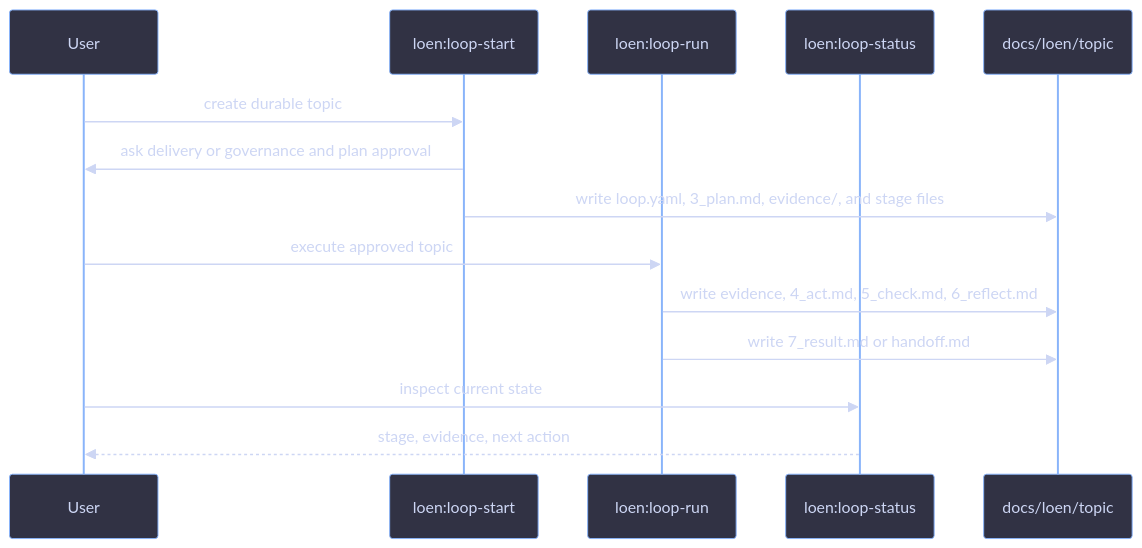
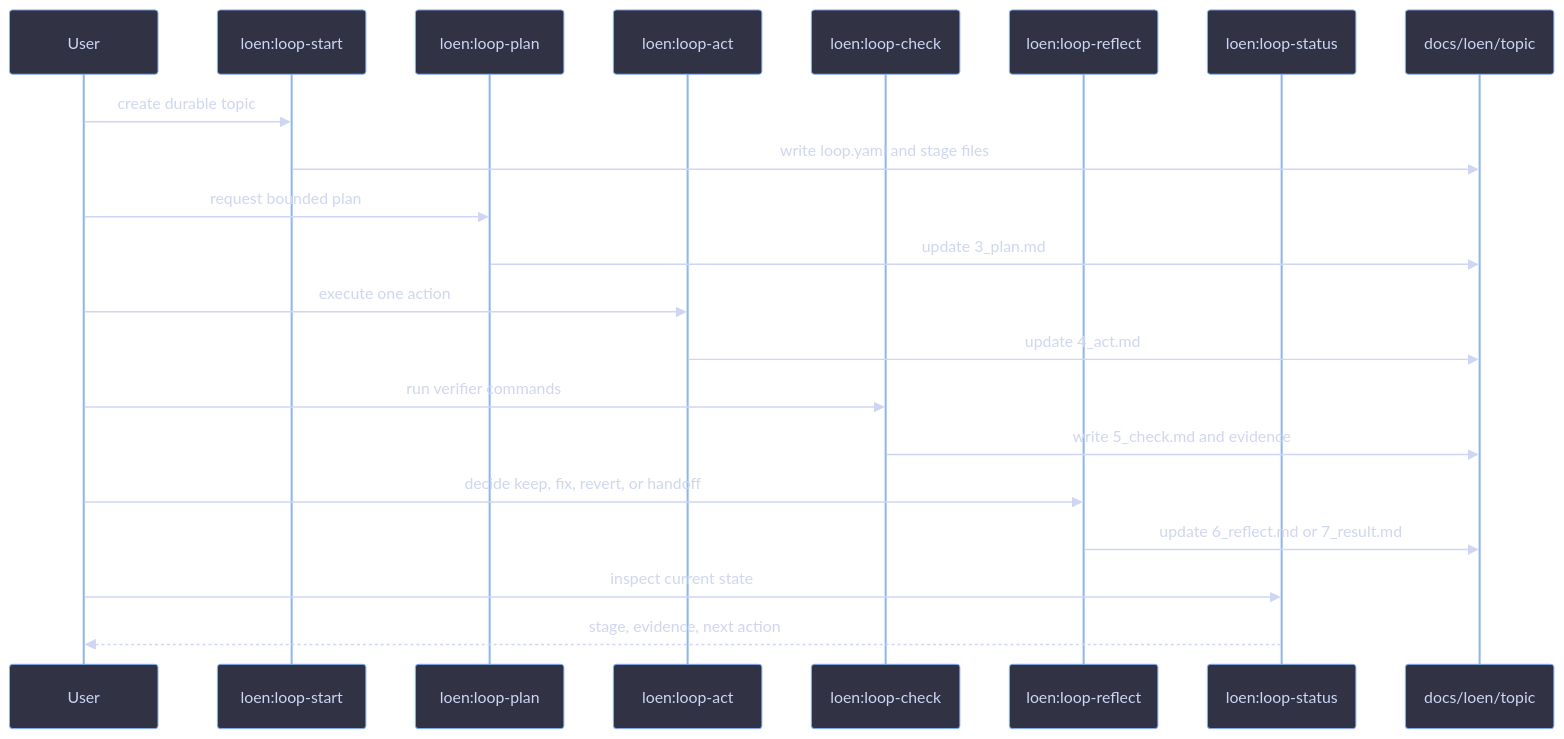
One commit to ikeniborn/icodex changed the first of 2 diagrams in plugins/loen/README.md. Above: the diagram before and after it, drawn with Mermaid. The commit also changed other lines of this file and 16 other files, not shown here.

Commit message:
Revert "feat(loen): add guided loop runner"

````diff
--- a/plugins/loen/README.md
+++ b/plugins/loen/README.md
@@ -75,18 +64,25 @@
 ```mermaid
 %%{init: {'theme': 'base', 'themeVariables': {'background': '#1e1e2e', 'primaryColor': '#313244', 'primaryTextColor': '#cdd6f4', 'primaryBorderColor': '#89b4fa', 'lineColor': '#888888', 'secondaryColor': '#181825', 'tertiaryColor': '#45475a'}}}%%
 sequenceDiagram
     participant User as User
     participant Start as loen:loop-start
-    participant Run as loen:loop-run
+    participant Plan as loen:loop-plan
+    participant Act as loen:loop-act
+    participant Check as loen:loop-check
+    participant Reflect as loen:loop-reflect
     participant Status as loen:loop-status
     participant Files as docs/loen/topic
 
     User->>Start: create durable topic
-    Start->>User: ask delivery or governance and plan approval
-    Start->>Files: write loop.yaml, 3_plan.md, evidence/, and stage files
-    User->>Run: execute approved topic
-    Run->>Files: write evidence, 4_act.md, 5_check.md, 6_reflect.md
-    Run->>Files: write 7_result.md or handoff.md
+    Start->>Files: write loop.yaml and stage files
+    User->>Plan: request bounded plan
+    Plan->>Files: update 3_plan.md
+    User->>Act: execute one action
+    Act->>Files: update 4_act.md
+    User->>Check: run verifier commands
+    Check->>Files: write 5_check.md and evidence
+    User->>Reflect: decide keep, fix, revert, or handoff
+    Reflect->>Files: update 6_reflect.md or 7_result.md
     User->>Status: inspect current state
     Status-->>User: stage, evidence, next action
 ```
````
